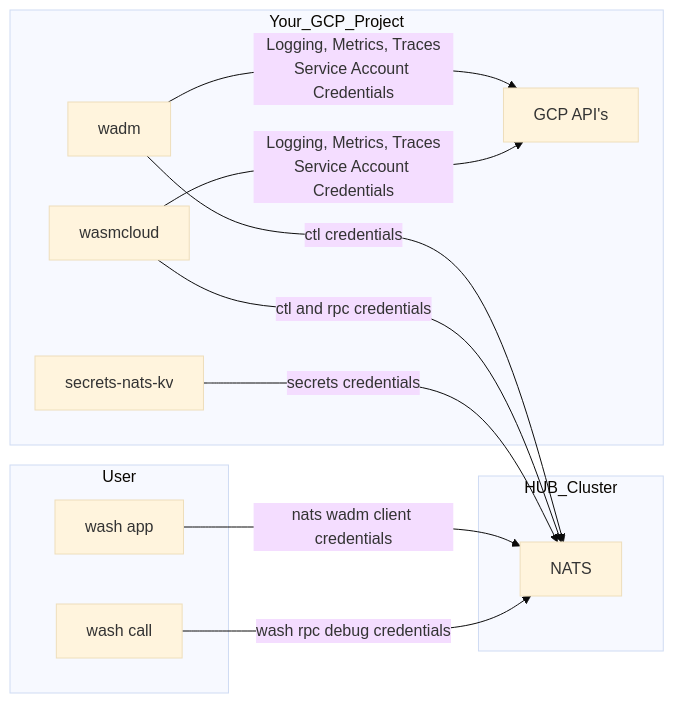
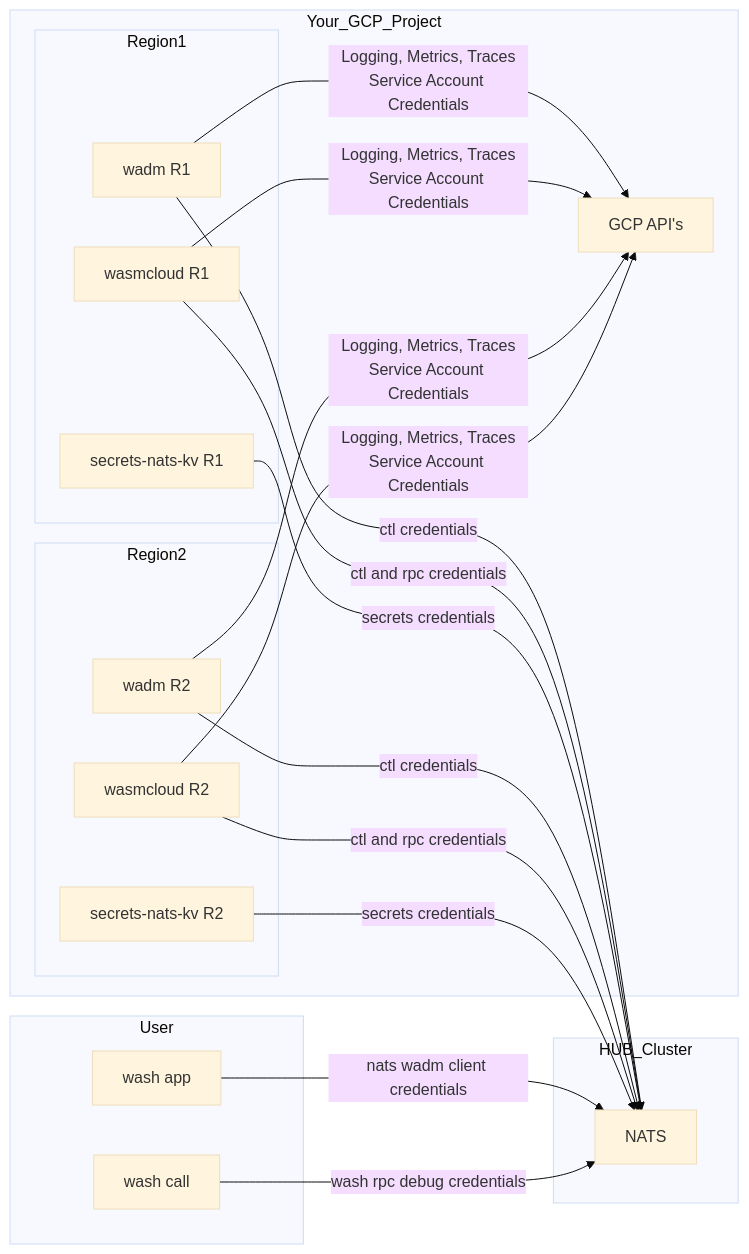
The diagram in README.md (Mattilsynet/map-tf-wasmcloud-cr), drawn with Mermaid (base theme) before and after one commit.

Commit message:
chore(docs): Updated README to reflect multi region mode

````diff
--- a/README.md
+++ b/README.md
@@ -14,25 +14,40 @@
-```mermaid
+```mermaid +render
 graph LR
 
 subgraph HUB_Cluster
     NATS
 end
 
 subgraph Your_GCP_Project
-    wadm[wadm]
-    wasmcloud[wasmcloud]
-    secrets[secrets-nats-kv]
+
+    subgraph Region1
+      wadmr1[wadm R1]
+      wasmcloudr1[wasmcloud R1]
+      secretsr1[secrets-nats-kv R1]
+    end
+
+    subgraph Region2
+      wadmr2[wadm R2]
+      wasmcloudr2[wasmcloud R2]
+      secretsr2[secrets-nats-kv R2]
+    end
     gcpapis[GCP API's]
 
-    wadm --> |ctl credentials| NATS
-    wasmcloud --> |ctl and rpc credentials| NATS
-    wadm --> |Logging, Metrics, Traces<br>Service Account Credentials| gcpapis
-    wasmcloud -->|Logging, Metrics, Traces<br>Service Account Credentials| gcpapis
-    secrets --> |secrets credentials| NATS
+    wadmr1 --> |ctl credentials| NATS
+    wasmcloudr1 --> |ctl and rpc credentials| NATS
+    wadmr1 --> |Logging, Metrics, Traces<br>Service Account Credentials| gcpapis
+    wasmcloudr1 -->|Logging, Metrics, Traces<br>Service Account Credentials| gcpapis
+    secretsr1 --> |secrets credentials| NATS
+
+    wadmr2 --> |ctl credentials| NATS
+    wasmcloudr2 --> |ctl and rpc credentials| NATS
+    wadmr2 --> |Logging, Metrics, Traces<br>Service Account Credentials| gcpapis
+    wasmcloudr2 -->|Logging, Metrics, Traces<br>Service Account Credentials| gcpapis
+    secretsr2 --> |secrets credentials| NATS
 end
   
 subgraph User
     washapp[wash app] --> |nats wadm client credentials| NATS
     washcall[wash call] --> |wash rpc debug credentials| NATS
 end
 ```
````
